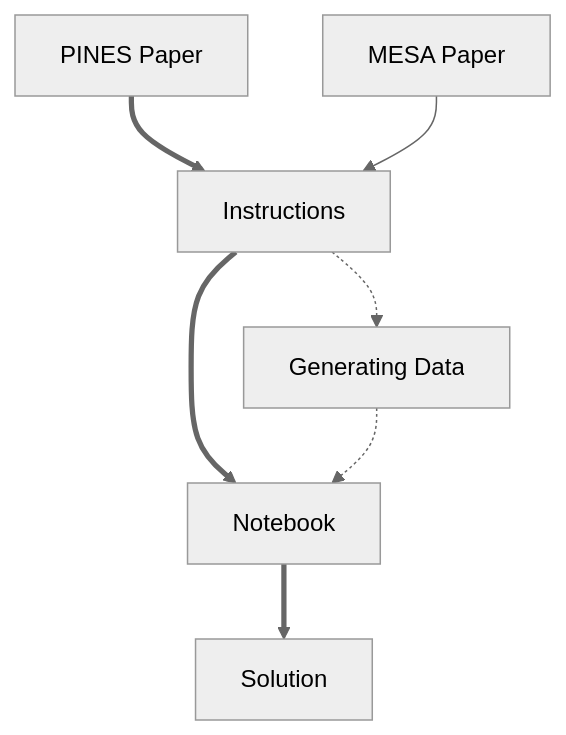
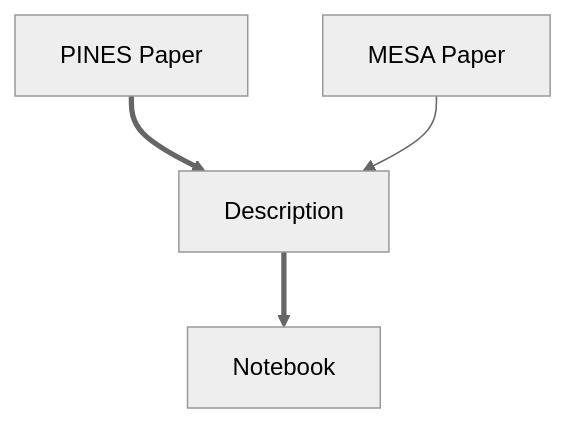
The diagram in NAVIGATION.md (aniruddha-seal/pines_tutorial), drawn with Mermaid (neutral theme) before and after one commit.

Commit message:
changed outline

````diff
--- a/NAVIGATION.md
+++ b/NAVIGATION.md
@@ -22,15 +22,10 @@
 ```mermaid
 flowchart TB;
-  A[PINES Paper] ==> C[Instructions] 
+  A[PINES Paper] ==> C[Description] 
   B[MESA Paper] --> C
-  C -.-> E[Generating Data];
   C ==> D[Notebook];
-  E -.-> D;
-  D ==> F[Solution];
   click A "ref1" "The paper about the PINES method introduced in this tutorial";
   click B "ref2" "The paper about the MESA method, the previous iteration of PINES which is not permutation invariant";
-  click C "INSTRUCTIONS.md" "A very brief introduction to PINES and the instructions for the exercises";
-  click E "data/" "Generating data for the tutorial";
-  click D "notebooks/exercise.ipynb" "A python notebook file containing the exercise";
-  click F "notebooks/solution.ipynb" "A python notebook that contains solutions to the exercises";
+  click C "DESCRIPTION.md" "A very brief introduction to PINES and the instructions for the exercises";
+  click D "notebooks/PINES_tutorial.ipynb" "A python notebook file containing the exercise";
 ```
````
